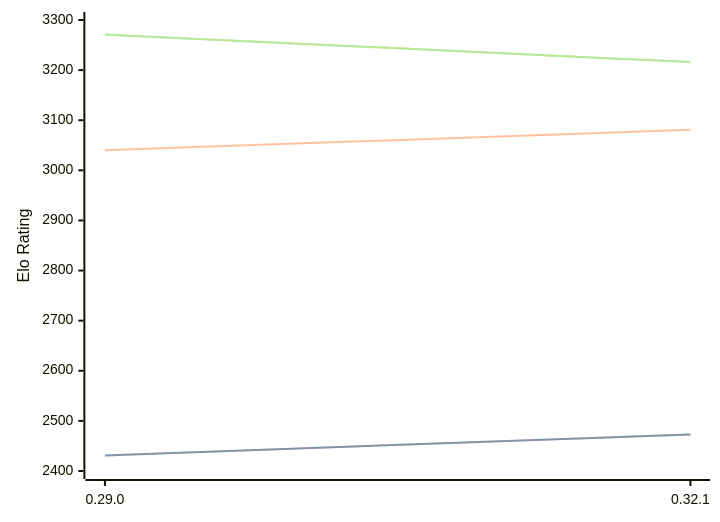
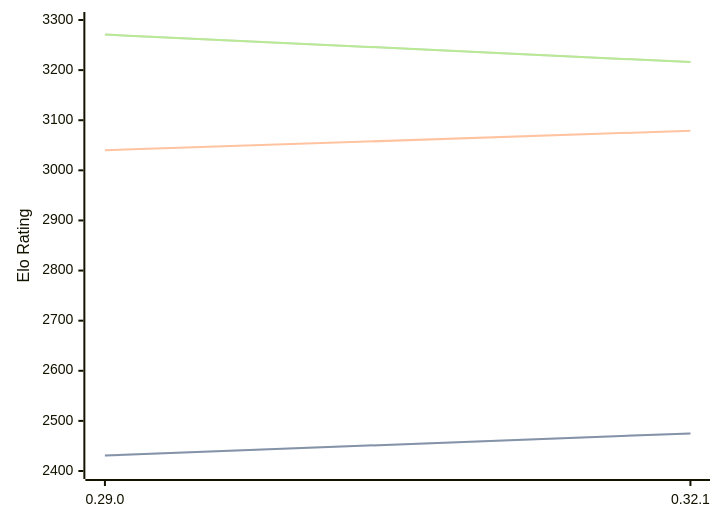
Before and after one commit to computer-chess-index/cci: the diagram in engines/Lc0.md, drawn with Mermaid. The commit also changed other lines of this file, not shown here.

Commit message:
Update CCI Ratings (ELO VLTC) - 2026-03-06

````diff
--- a/engines/Lc0.md
+++ b/engines/Lc0.md
@@ -66,11 +66,11 @@
 ```mermaid
 %%{init: {"theme":"base","themeVariables":{"seriesColors:['#a3a3a3','#222221','#faa371']}}}%%
 xychart-beta
   x-axis ["0.29.0", "0.32.1"]
   y-axis "Elo Rating" 2400 --> 3300
-  line "STC (8.0+0.08s)" [2431, 2473]
-  line "STC (8.0+0.08s)" [2431, 2473]
-  line "LTC (60.0+0.60s)" [3040, 3081]
+  line "STC (8.0+0.08s)" [2431, 2475]
+  line "STC (8.0+0.08s)" [2431, 2475]
+  line "LTC (60.0+0.60s)" [3040, 3079]
   line "VLTC (2m24s+1.12s)" [3271, 3216]
   line "VLTC (2m24s+1.12s)" [3271, 3216]
 ```
````
